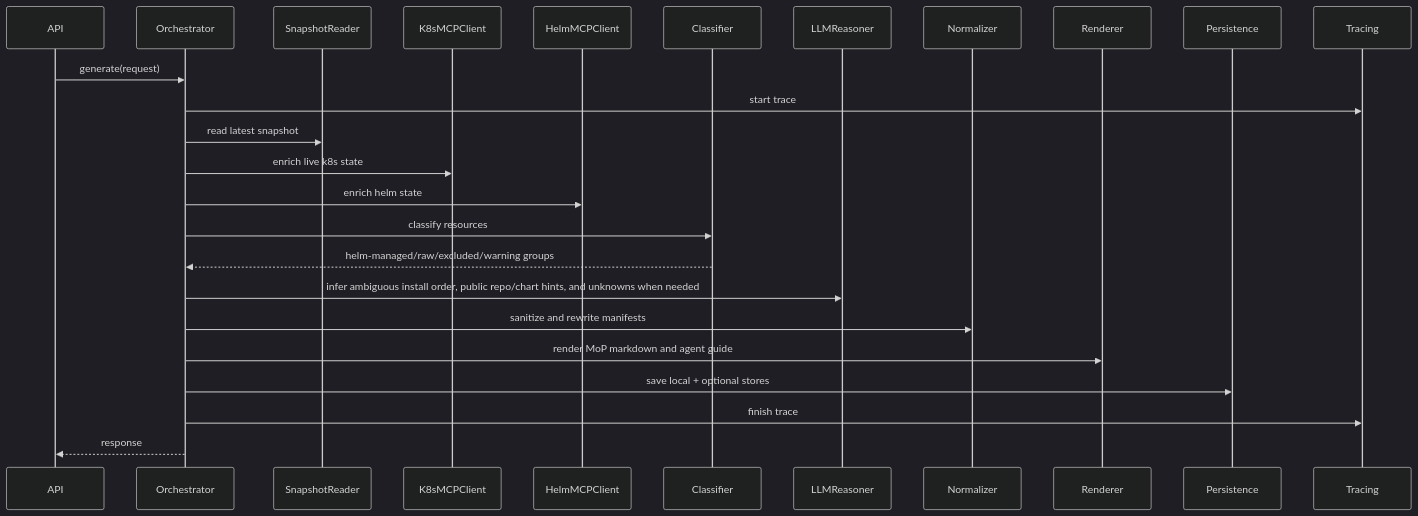
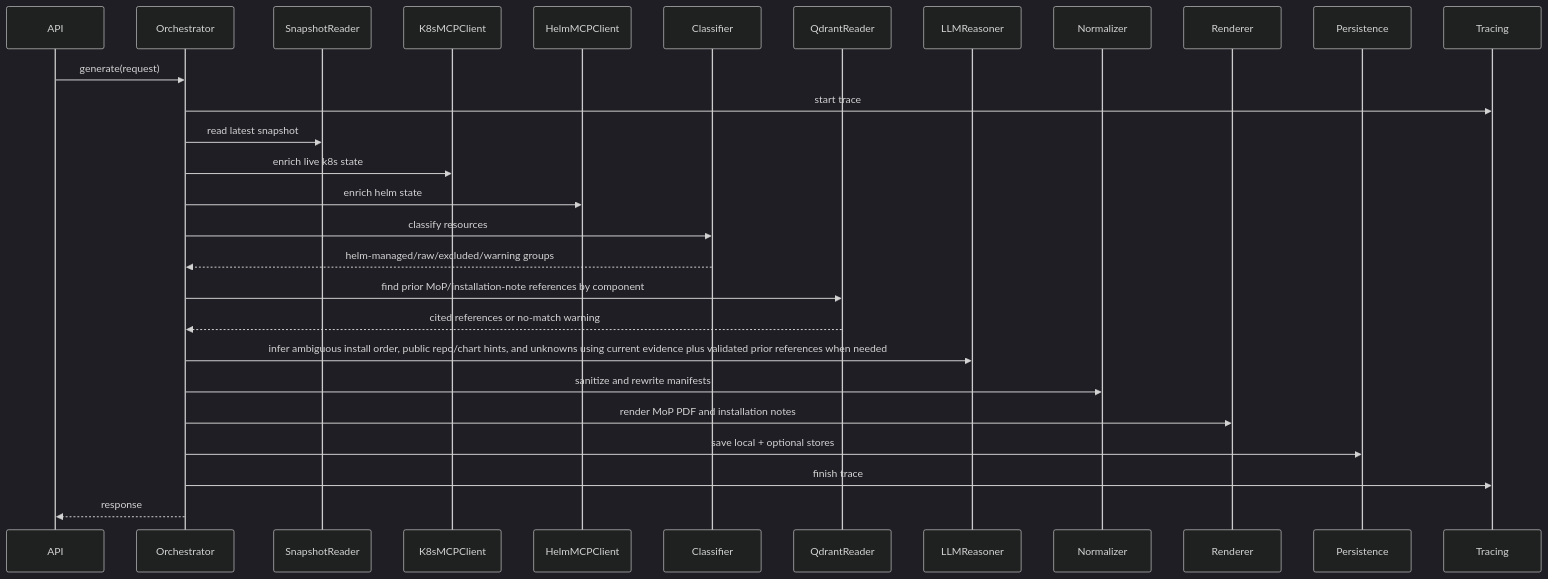
One commit to aveeshek/bosgenesis-mop-creation-agent changed the second of 4 diagrams in docs/03_LLD_MOP_CREATION_AGENT.md. Above: the diagram before and after it, drawn with Mermaid (dark theme). The commit also changed other lines of this file and 62 other files, not shown here.

````diff
--- a/docs/03_LLD_MOP_CREATION_AGENT.md
+++ b/docs/03_LLD_MOP_CREATION_AGENT.md
@@ -208,28 +217,31 @@
 ```mermaid
 sequenceDiagram
     participant API
     participant O as Orchestrator
     participant S as SnapshotReader
     participant K as K8sMCPClient
     participant H as HelmMCPClient
     participant C as Classifier
+    participant Q as QdrantReader
     participant L as LLMReasoner
     participant N as Normalizer
     participant R as Renderer
     participant P as Persistence
     participant T as Tracing
 
     API->>O: generate(request)
     O->>T: start trace
     O->>S: read latest snapshot
     O->>K: enrich live k8s state
     O->>H: enrich helm state
     O->>C: classify resources
     C-->>O: helm-managed/raw/excluded/warning groups
-    O->>L: infer ambiguous install order, public repo/chart hints, and unknowns when needed
+    O->>Q: find prior MoP/installation-note references by component
+    Q-->>O: cited references or no-match warning
+    O->>L: infer ambiguous install order, public repo/chart hints, and unknowns using current evidence plus validated prior references when needed
     O->>N: sanitize and rewrite manifests
-    O->>R: render MoP markdown and agent guide
+    O->>R: render MoP PDF and installation notes
     O->>P: save local + optional stores
     O->>T: finish trace
     O-->>API: response
 ```
````
